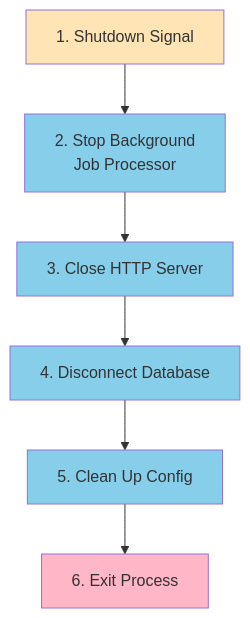
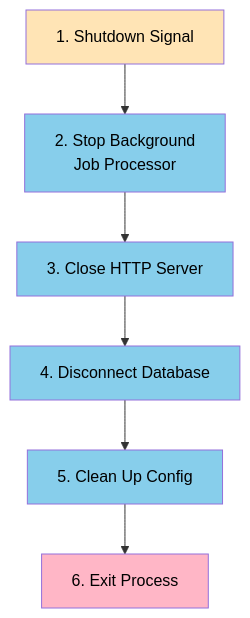
The ninth of 11 diagrams in 14.Graceful Shutdown/README.md (ahmed-226/Backend-from-first-principles), drawn with Mermaid before and after one commit. The commit also changed other lines of this file and 1 other file, not shown here.

````diff
--- a/14.Graceful Shutdown/README.md
+++ b/14.Graceful Shutdown/README.md
@@ -420,15 +420,15 @@
 ```mermaid
 graph TD
     A["1. Shutdown Signal"] --> B["2. Stop Background<br/>Job Processor"]
     B --> C["3. Close HTTP Server"]
     C --> D["4. Disconnect Database"]
     D --> E["5. Clean Up Config"]
     E --> F["6. Exit Process"]
     
-    style A fill:#FFE4B5
-    style B fill:#87CEEB
-    style C fill:#87CEEB
-    style D fill:#87CEEB
-    style E fill:#87CEEB
-    style F fill:#FFB6C6
+    style A fill:#FFE4B5,color:#000
+    style B fill:#87CEEB,color:#000
+    style C fill:#87CEEB,color:#000
+    style D fill:#87CEEB,color:#000
+    style E fill:#87CEEB,color:#000
+    style F fill:#FFB6C6,color:#000
 ```
````
